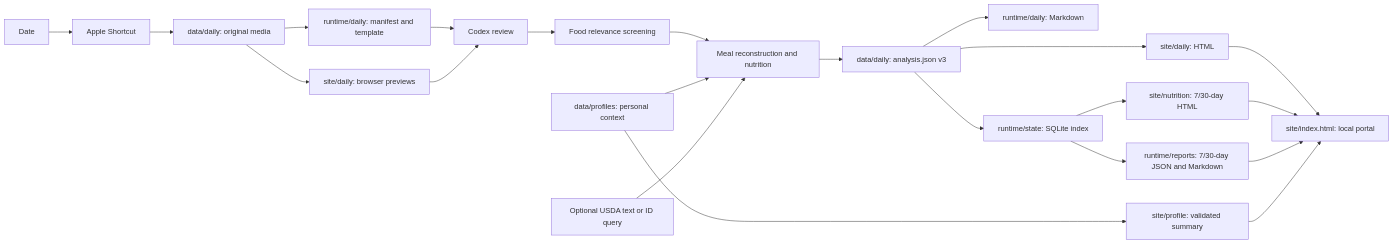
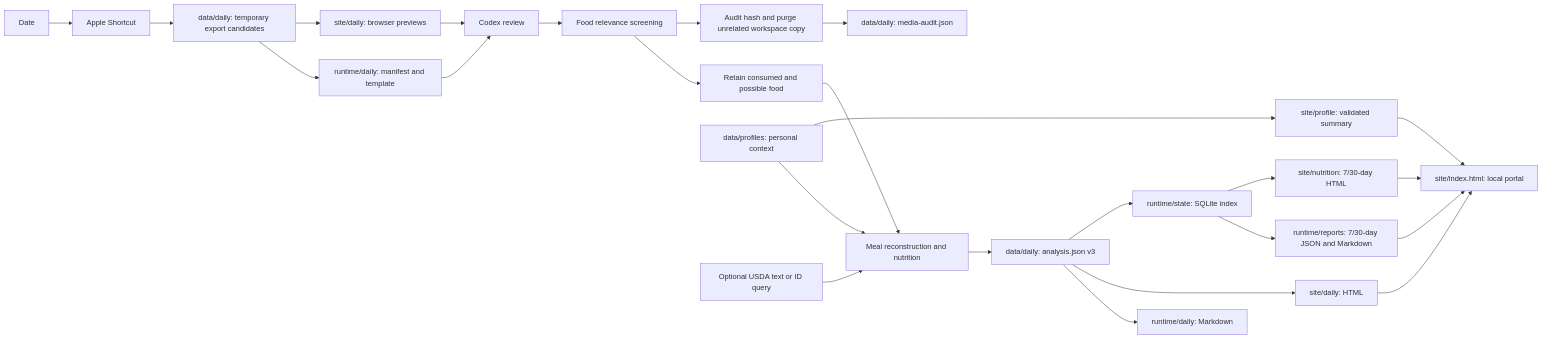
One commit to imathwy/health changed the second of 2 diagrams in docs/architecture.md. Above: the diagram before and after it, drawn with Mermaid. The commit also changed other lines of this file and 20 other files, not shown here.

Commit message:
Purge unrelated workspace photo copies

````diff
--- a/docs/architecture.md
+++ b/docs/architecture.md
@@ -96,24 +100,27 @@
 ```mermaid
 flowchart LR
     A[Date] --> B[Apple Shortcut]
-    B --> C[data/daily: original media]
+    B --> C[data/daily: temporary export candidates]
     C --> D[runtime/daily: manifest and template]
     C --> P[site/daily: browser previews]
     D --> E[Codex review]
     P --> E
     E --> S[Food relevance screening]
-    S --> N[Meal reconstruction and nutrition]
+    S --> R[Retain consumed and possible food]
+    S --> X[Audit hash and purge unrelated workspace copy]
+    R --> N[Meal reconstruction and nutrition]
+    X --> AUDIT[data/daily: media-audit.json]
     K[data/profiles: personal context] --> N
     U[Optional USDA text or ID query] --> N
     N --> F[data/daily: analysis.json v3]
     F --> G[runtime/daily: Markdown]
     F --> W[site/daily: HTML]
     F --> H[runtime/state: SQLite index]
     H --> I[runtime/reports: 7/30-day JSON and Markdown]
     H --> T[site/nutrition: 7/30-day HTML]
     W --> J[site/index.html: local portal]
     T --> J
     I --> J
     K --> Q[site/profile: validated summary]
     Q --> J
 ```
````
